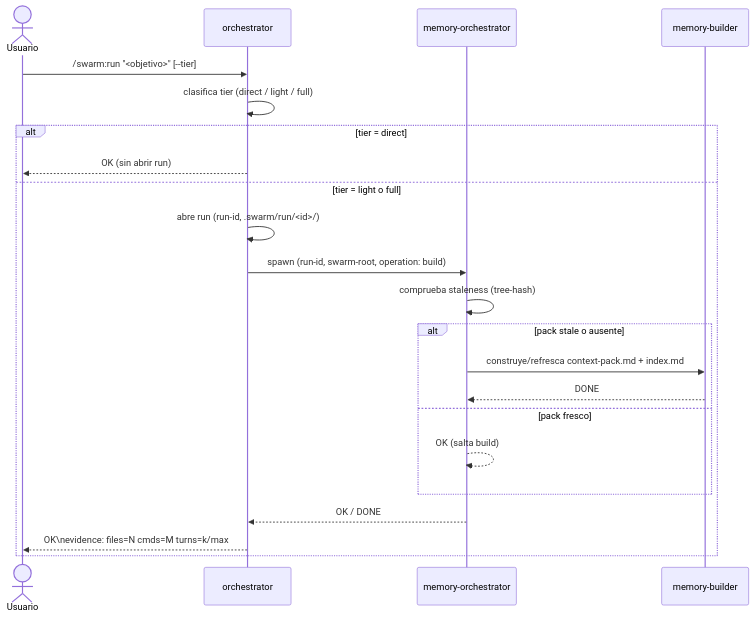
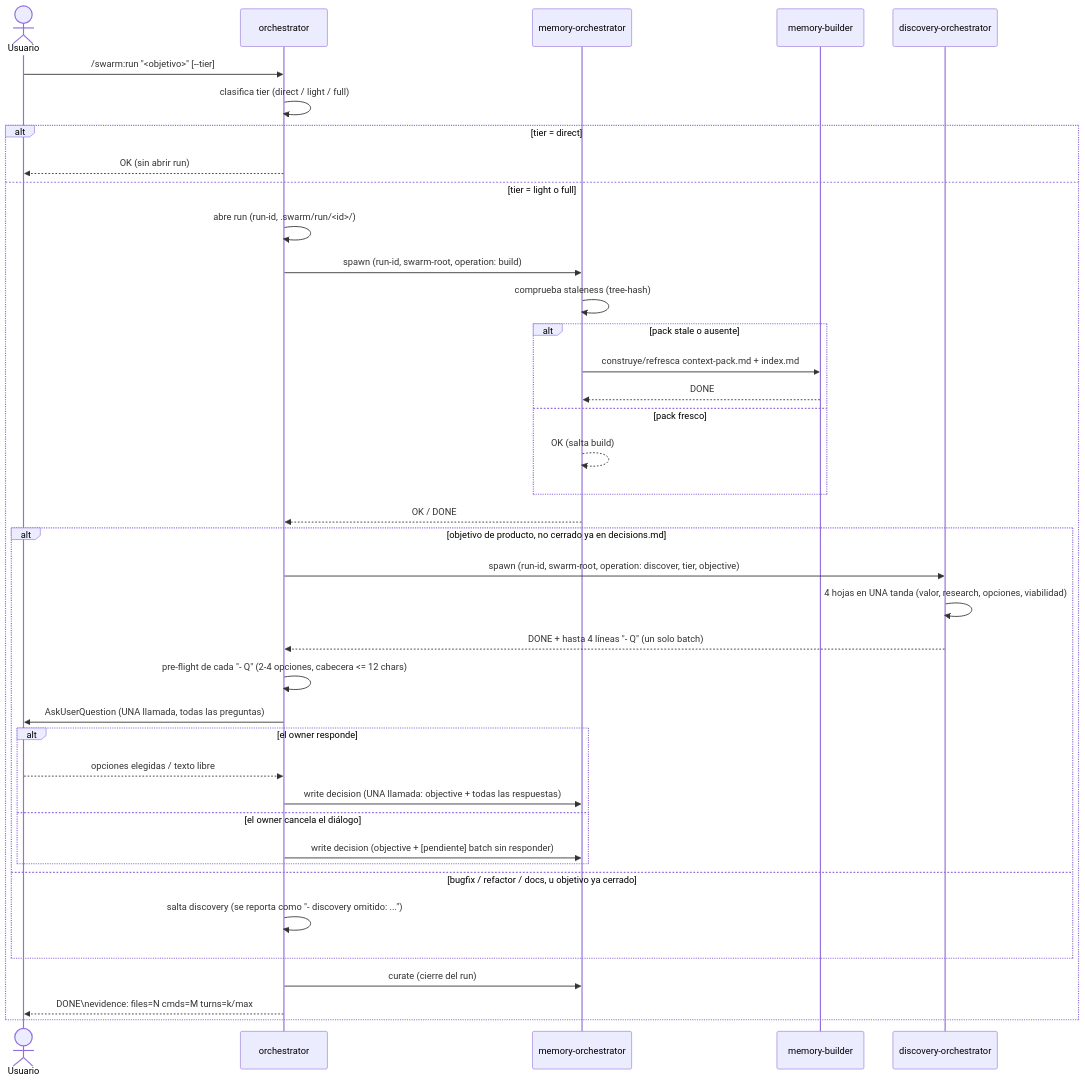
One commit to davidgarciagordo/swarm changed the second of 3 diagrams in README.es.md. Above: the diagram before and after it, drawn with Mermaid. The commit also changed other lines of this file and 3 other files, not shown here.

First line of the commit message:
fix(orchestrator): saneado de texto ajeno, batch de decisiones y guardas del batch interactivo

````diff
--- a/README.es.md
+++ b/README.es.md
@@ -66,25 +66,42 @@
 ```mermaid
 sequenceDiagram
     actor User as Usuario
     participant O as orchestrator
     participant MO as memory-orchestrator
     participant MB as memory-builder
+    participant DO as discovery-orchestrator
 
     User->>O: /swarm:run "<objetivo>" [--tier]
     O->>O: clasifica tier (direct / light / full)
     alt tier = direct
         O-->>User: OK (sin abrir run)
     else tier = light o full
         O->>O: abre run (run-id, .swarm/run/<id>/)
         O->>MO: spawn (run-id, swarm-root, operation: build)
         MO->>MO: comprueba staleness (tree-hash)
         alt pack stale o ausente
             MO->>MB: construye/refresca context-pack.md + index.md
             MB-->>MO: DONE
         else pack fresco
             MO-->>MO: OK (salta build)
         end
         MO-->>O: OK / DONE
-        O-->>User: OK\nevidence: files=N cmds=M turns=k/max
+        alt objetivo de producto, no cerrado ya en decisions.md
+            O->>DO: spawn (run-id, swarm-root, operation: discover, tier, objective)
+            DO->>DO: 4 hojas en UNA tanda (valor, research, opciones, viabilidad)
+            DO-->>O: DONE + hasta 4 líneas "- Q" (un solo batch)
+            O->>O: pre-flight de cada "- Q" (2-4 opciones, cabecera <= 12 chars)
+            O->>User: AskUserQuestion (UNA llamada, todas las preguntas)
+            alt el owner responde
+                User-->>O: opciones elegidas / texto libre
+                O->>MO: write decision (UNA llamada: objective + todas las respuestas)
+            else el owner cancela el diálogo
+                O->>MO: write decision (objective + [pendiente] batch sin responder)
+            end
+        else bugfix / refactor / docs, u objetivo ya cerrado
+            O->>O: salta discovery (se reporta como "- discovery omitido: ...")
+        end
+        O->>MO: curate (cierre del run)
+        O-->>User: DONE\nevidence: files=N cmds=M turns=k/max
     end
 ```
````
